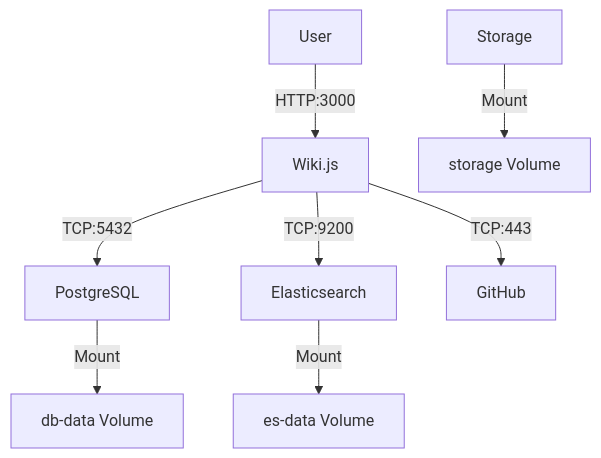
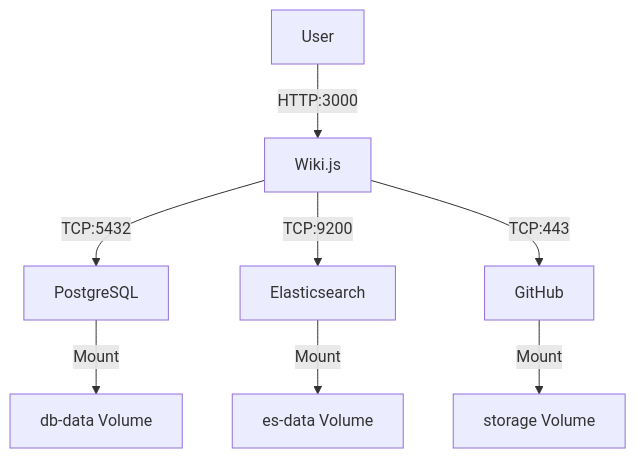
One commit to ricardo-paredes-pragma/alejandria-dev changed the diagram in README.md. Above: the diagram before and after it, drawn with Mermaid. The commit also changed other lines of this file, not shown here.

````diff
--- a/README.md
+++ b/README.md
@@ -19,10 +19,10 @@
 ```mermaid
 graph TD
     User[User] -->|HTTP:3000| Wiki[Wiki.js]
     Wiki -->|TCP:5432| DB[PostgreSQL]
     Wiki -->|TCP:9200| ES[Elasticsearch]
-    Wiki -->|TCP:443| GIT[GitHub]
+    Wiki -->|TCP:443| Storage[GitHub]
     DB -->|Mount| VolDB[db-data Volume]
     ES -->|Mount| VolES[es-data Volume]
     Storage -->|Mount| VolStorage[storage Volume]
 ```
````
